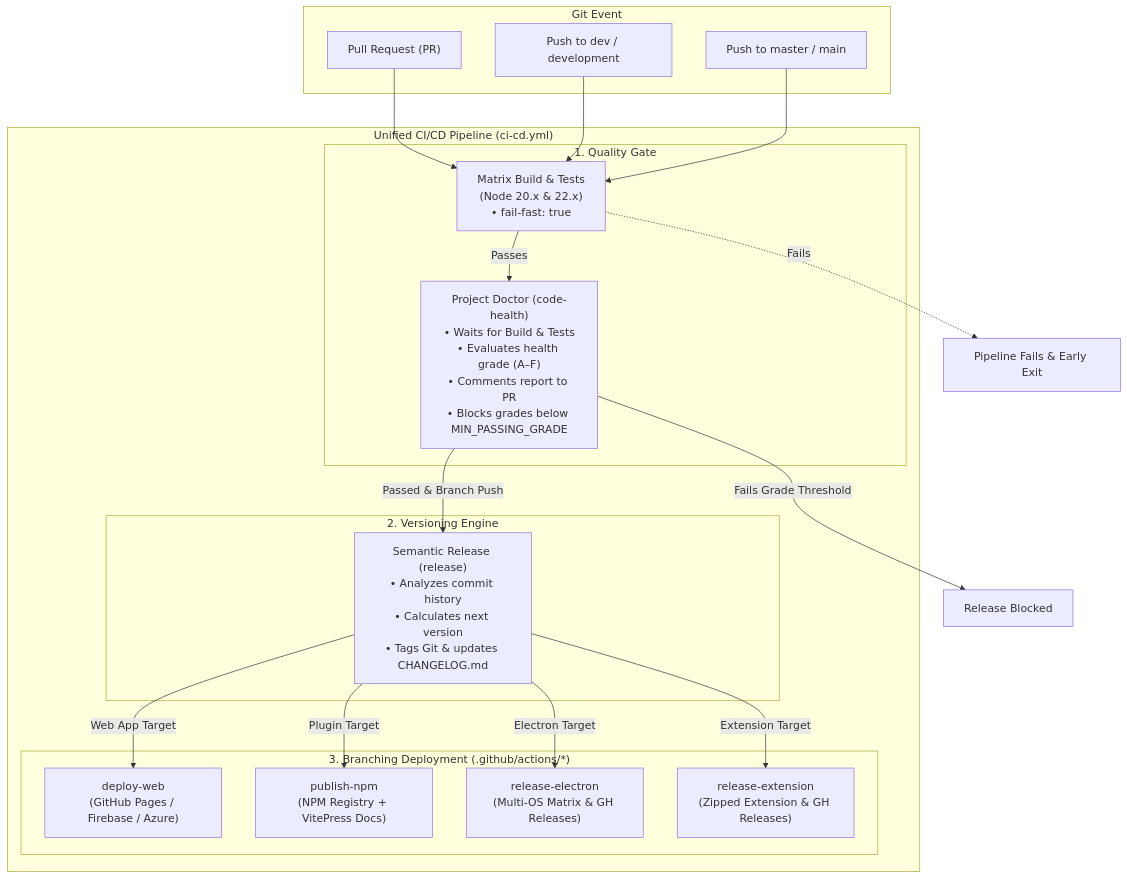
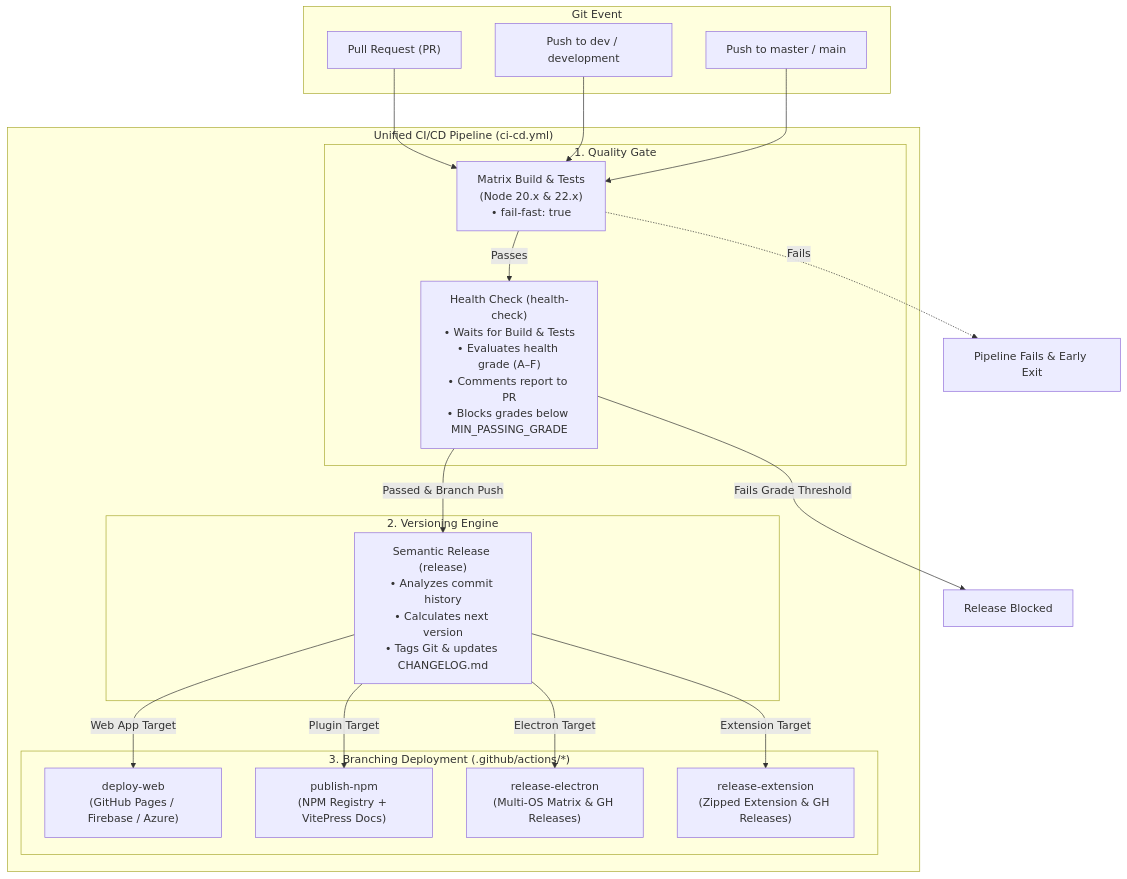
Before and after one commit to TomGreener91/Vue_Template_Project: the diagram in .supporting_docs/RELEASE_PROCESS.md, drawn with Mermaid. The commit also changed other lines of this file and 4 other files, not shown here.

First line of the commit message:
refactor: align health-check naming across script, CI job, and docs

````diff
--- a/.supporting_docs/RELEASE_PROCESS.md
+++ b/.supporting_docs/RELEASE_PROCESS.md
@@ -9,41 +9,41 @@
 ```mermaid
 flowchart TD
     subgraph Trigger["Git Event"]
         PR["Pull Request (PR)"]
         PushDev["Push to dev / development"]
         PushMaster["Push to master / main"]
     end
 
     subgraph Pipeline["Unified CI/CD Pipeline (ci-cd.yml)"]
         subgraph Gatekeeper["1. Quality Gate"]
             BuildTest["Matrix Build & Tests<br/>(Node 20.x & 22.x)<br/>• fail-fast: true"]
-            Doctor["Project Doctor (code-health)<br/>• Waits for Build & Tests<br/>• Evaluates health grade (A–F)<br/>• Comments report to PR<br/>• Blocks grades below MIN_PASSING_GRADE"]
+            HealthCheck["Health Check (health-check)<br/>• Waits for Build & Tests<br/>• Evaluates health grade (A–F)<br/>• Comments report to PR<br/>• Blocks grades below MIN_PASSING_GRADE"]
         end
 
         subgraph Versioning["2. Versioning Engine"]
             Semantic["Semantic Release (release)<br/>• Analyzes commit history<br/>• Calculates next version<br/>• Tags Git & updates CHANGELOG.md"]
         end
 
         subgraph Deployment["3. Branching Deployment (.github/actions/*)"]
             DeployWeb["deploy-web<br/>(GitHub Pages / Firebase / Azure)"]
             PublishNPM["publish-npm<br/>(NPM Registry + VitePress Docs)"]
             ReleaseElec["release-electron<br/>(Multi-OS Matrix & GH Releases)"]
             ReleaseExt["release-extension<br/>(Zipped Extension & GH Releases)"]
         end
     end
 
     PR --> BuildTest
     PushDev --> BuildTest
     PushMaster --> BuildTest
 
-    BuildTest -->|Passes| Doctor
+    BuildTest -->|Passes| HealthCheck
     BuildTest -.->|Fails| FailCI[Pipeline Fails & Early Exit]
 
-    Doctor -->|Fails Grade Threshold| FailGate[Release Blocked]
-    Doctor -->|Passed & Branch Push| Semantic
+    HealthCheck -->|Fails Grade Threshold| FailGate[Release Blocked]
+    HealthCheck -->|Passed & Branch Push| Semantic
 
     Semantic -->|Web App Target| DeployWeb
     Semantic -->|Plugin Target| PublishNPM
     Semantic -->|Electron Target| ReleaseElec
     Semantic -->|Extension Target| ReleaseExt
 ```
````
